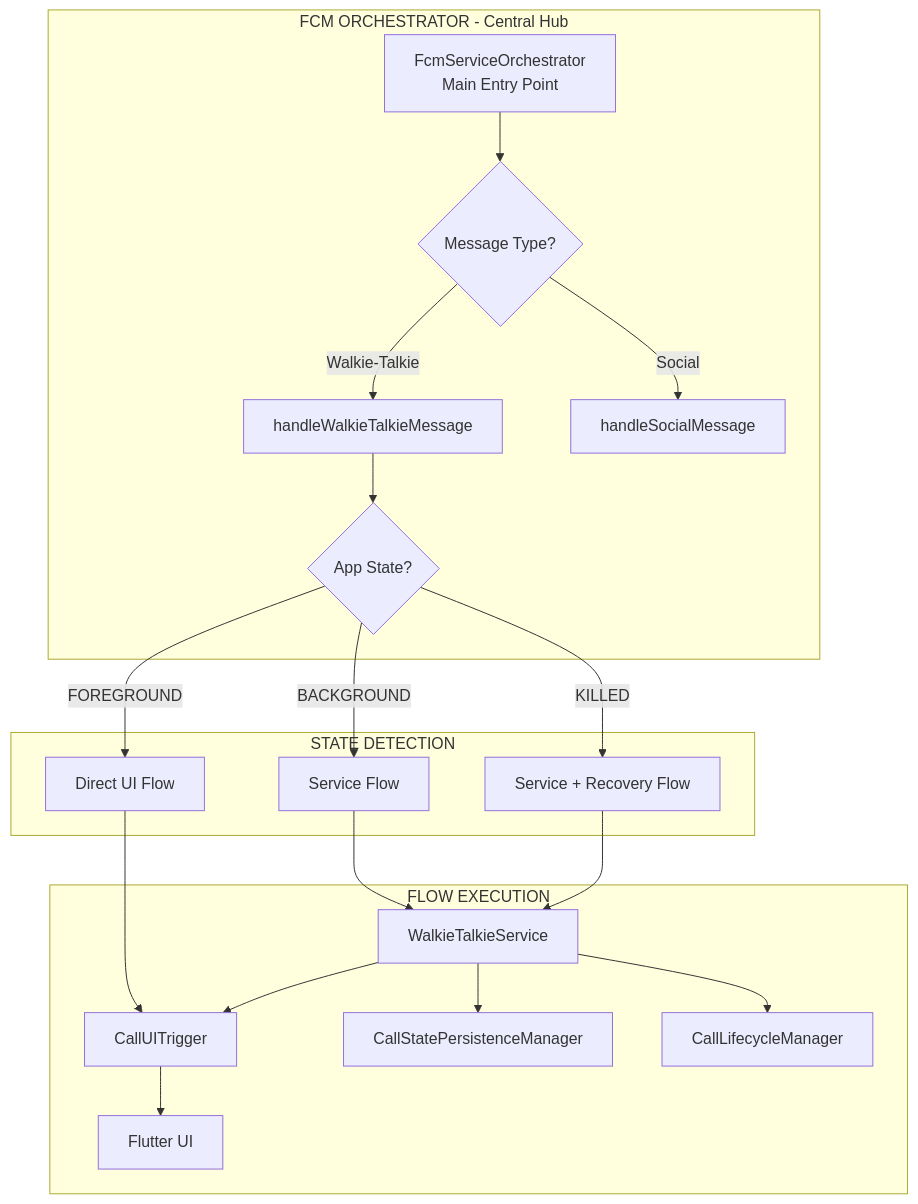
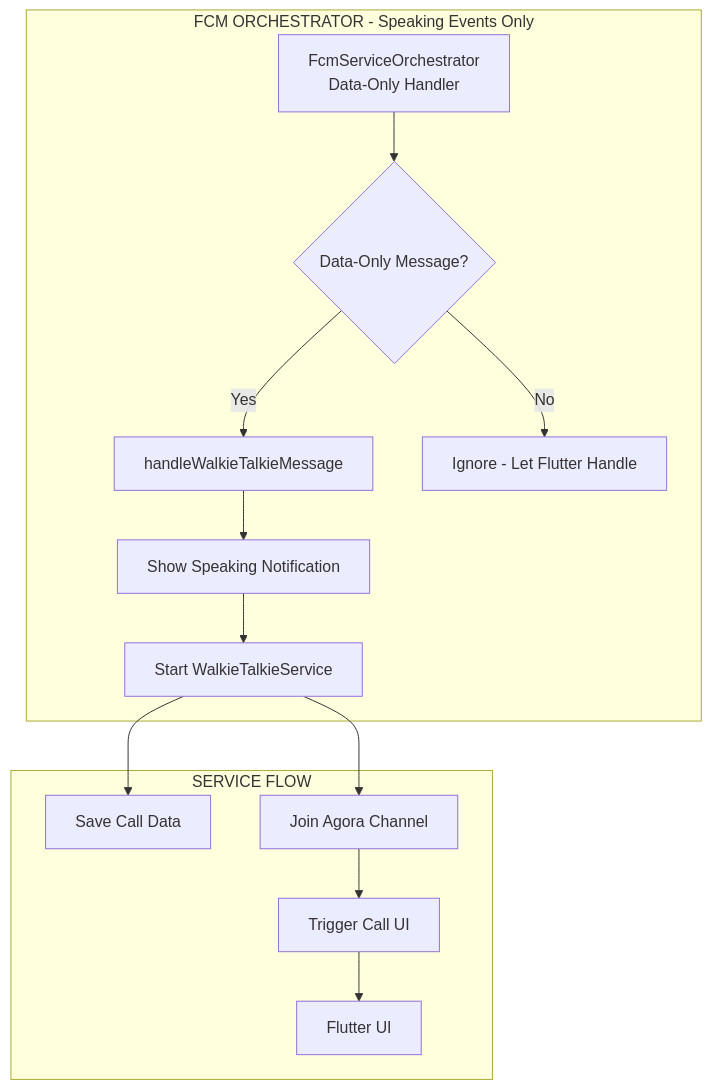
Before and after one commit to DuckBuck-Studios/DuckBuck-AI-Walkie-Talkie: the first of 3 diagrams in docs/walkie-talkie/fcm-receiver-flow.md, drawn with Mermaid. The commit also changed other lines of this file, not shown here.

````diff
--- a/docs/walkie-talkie/fcm-receiver-flow.md
+++ b/docs/walkie-talkie/fcm-receiver-flow.md
@@ -20,26 +21,18 @@
 ```mermaid
 graph TB
-    subgraph "FCM ORCHESTRATOR - Central Hub"
-        FSO[FcmServiceOrchestrator<br/>Main Entry Point]
-        FSO --> MSG{Message Type?}
-        MSG -->|Walkie-Talkie| WT[handleWalkieTalkieMessage]
-        MSG -->|Social| SOC[handleSocialMessage]
-        WT --> STATE{App State?}
+    subgraph "FCM ORCHESTRATOR - Speaking Events Only"
+        FSO[FcmServiceOrchestrator<br/>Data-Only Handler]
+        FSO --> CHECK{Data-Only Message?}
+        CHECK -->|Yes| WT[handleWalkieTalkieMessage]
+        CHECK -->|No| IGNORE[Ignore - Let Flutter Handle]
+        WT --> NOTIFY[Show Speaking Notification]
+        NOTIFY --> SVC[Start WalkieTalkieService]
     end
     
-    subgraph "STATE DETECTION"
-        STATE -->|FOREGROUND| FG[Direct UI Flow]
-        STATE -->|BACKGROUND| BG[Service Flow]
-        STATE -->|KILLED| KL[Service + Recovery Flow]
-    end
-    
-    subgraph "FLOW EXECUTION"
-        FG --> UI[CallUITrigger]
-        BG --> SVC[WalkieTalkieService]
-        KL --> SVC
-        SVC --> PERSIST[CallStatePersistenceManager]
-        SVC --> LIFECYCLE[CallLifecycleManager]
+    subgraph "SERVICE FLOW"
+        SVC --> PERSIST[Save Call Data]
+        SVC --> JOIN[Join Agora Channel]
+        JOIN --> UI[Trigger Call UI]
         UI --> FLUTTER[Flutter UI]
-        SVC --> UI
     end
 ```
````
